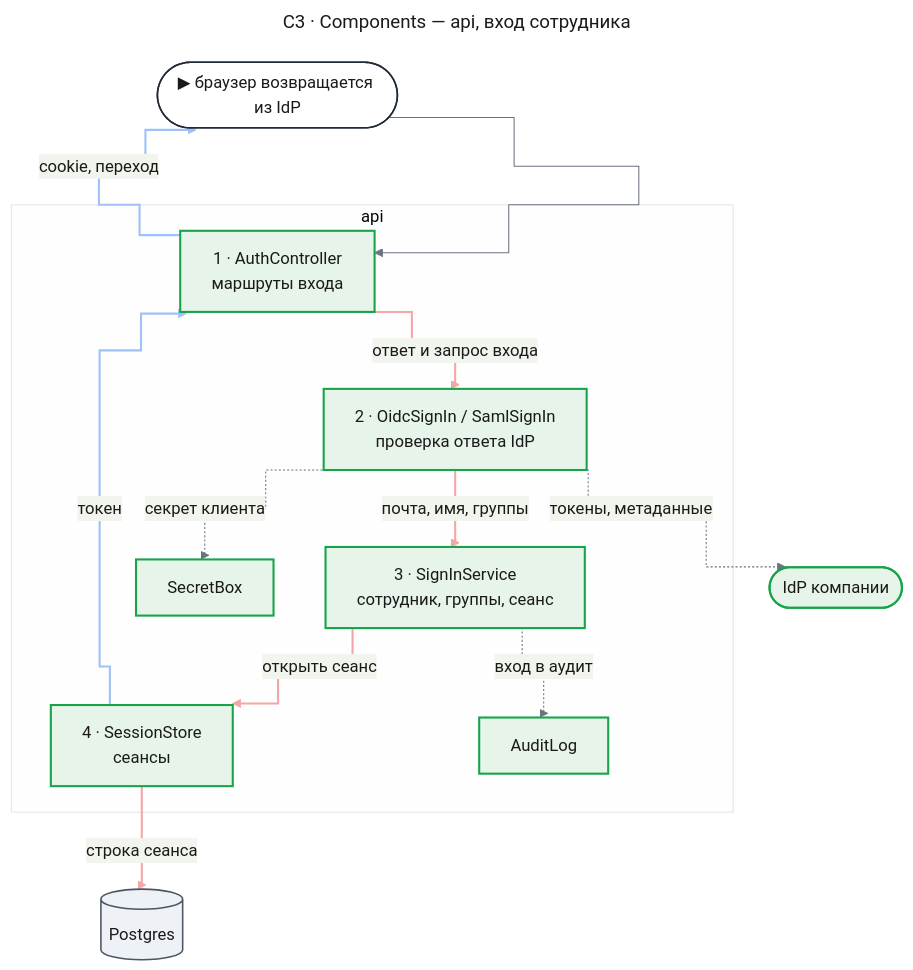
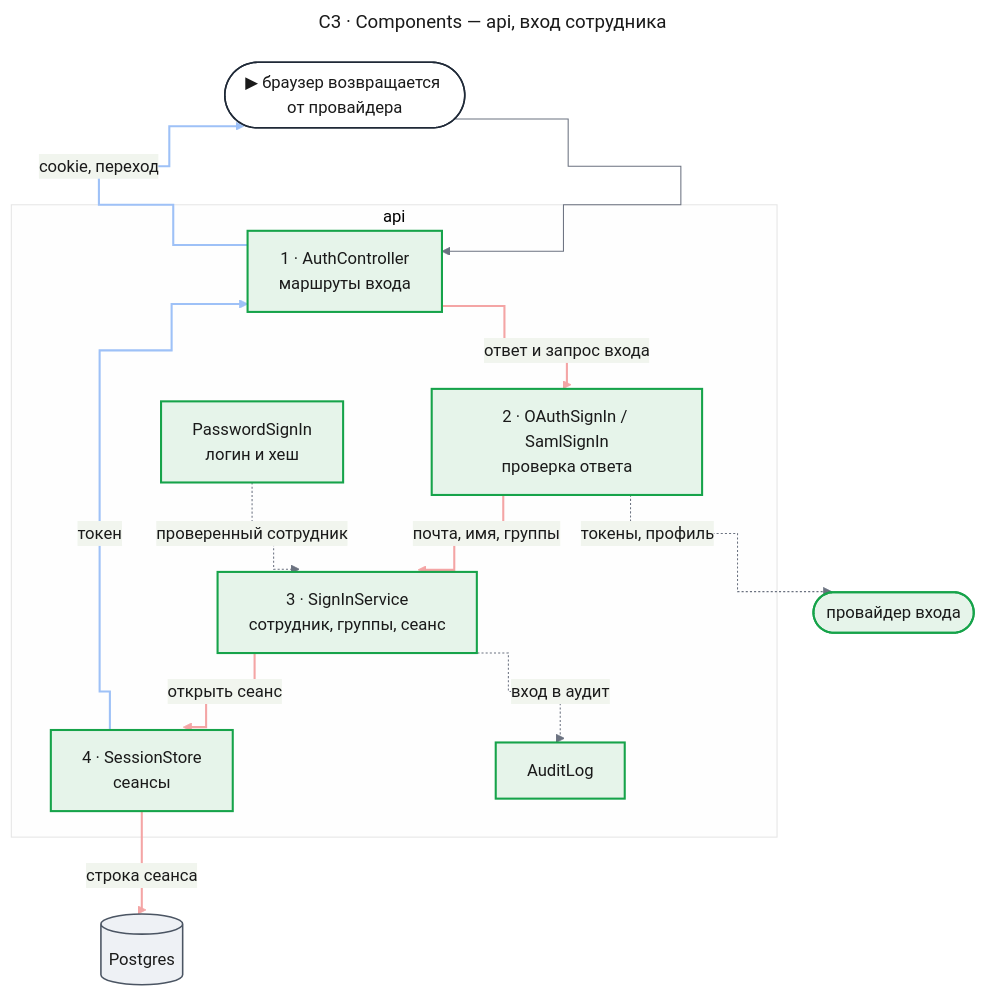
One commit to tundraray/agent-os changed the third of 10 diagrams in docs/features/enterprise-access/design-identity.md. Above: the diagram before and after it, drawn with Mermaid. The commit also changed other lines of this file and 4 other files, not shown here.

Commit message:
docs(enterprise-access): redesign identity around password sign-in and admin-managed providers

````diff
--- a/docs/features/enterprise-access/design-identity.md
+++ b/docs/features/enterprise-access/design-identity.md
@@ -325,60 +330,60 @@
 ```mermaid
 ---
 title: "C3 · Components — api, вход сотрудника"
 config:
   theme: base
   look: classic
   themeVariables:
     primaryColor: "#eef1f5"
     primaryBorderColor: "#4b5563"
     primaryTextColor: "#1a1a1a"
     lineColor: "#6b7280"
   flowchart:
     curve: step
   themeCSS: |
     @keyframes lit_c3a{0%,15%{stroke:#991b1b;stroke-width:6px}16.67%,100%{stroke:#f4a5a5;stroke-width:2px}}
     @keyframes litr_c3a{0%,15%{stroke:#1d4ed8;stroke-width:6px}16.67%,100%{stroke:#9ec1f7;stroke-width:2px}}
 ---
 flowchart TB
-    entry(["▶ браузер возвращается из IdP"])
+    entry(["▶ браузер возвращается от провайдера"])
     subgraph api["api"]
         ctl["1 · AuthController<br/>маршруты входа"]
-        proto["2 · OidcSignIn / SamlSignIn<br/>проверка ответа IdP"]
+        proto["2 · OAuthSignIn / SamlSignIn<br/>проверка ответа"]
         sign["3 · SignInService<br/>сотрудник, группы, сеанс"]
         sess["4 · SessionStore<br/>сеансы"]
+        pwd["PasswordSignIn<br/>логин и хеш"]
         audit["AuditLog"]
-        box["SecretBox"]
     end
     db[("Postgres")]
-    idp(["IdP компании"])
+    idp(["провайдер входа"])
     entry --> ctl
     ctl e1@-->|"ответ и запрос входа"| proto
     proto e2@-->|"почта, имя, группы"| sign
     sign e3@-->|"открыть сеанс"| sess
     sess e4@-->|"строка сеанса"| db
     sess e5@-->|"токен"| ctl
     ctl e6@-->|"cookie, переход"| entry
-    proto -.->|"токены, метаданные"| idp
-    proto -.->|"секрет клиента"| box
+    proto -.->|"токены, профиль"| idp
+    pwd -.->|"проверенный сотрудник"| sign
     sign -.->|"вход в аудит"| audit
     classDef entry fill:#ffffff,stroke:#1f2937,stroke-width:1.5px,color:#1a1a1a
     classDef changed fill:#fde8e8,stroke:#dc2626,stroke-width:2px,color:#1a1a1a
     classDef new fill:#e6f4ea,stroke:#16a34a,stroke-width:2px,color:#1a1a1a
     classDef unchanged fill:#eef1f5,stroke:#4b5563,stroke-width:1.5px,color:#1a1a1a
     classDef w1 stroke:#f4a5a5,stroke-width:2px,animation:lit_c3a 7.2s linear 0s infinite
     classDef w2 stroke:#f4a5a5,stroke-width:2px,animation:lit_c3a 7.2s linear 1.2s infinite
     classDef w3 stroke:#f4a5a5,stroke-width:2px,animation:lit_c3a 7.2s linear 2.4s infinite
     classDef w4 stroke:#f4a5a5,stroke-width:2px,animation:lit_c3a 7.2s linear 3.6s infinite
     classDef r1 stroke:#9ec1f7,stroke-width:2px,animation:litr_c3a 7.2s linear 4.8s infinite
     classDef r2 stroke:#9ec1f7,stroke-width:2px,animation:litr_c3a 7.2s linear 6s infinite
     class entry entry
-    class ctl,proto,sign,sess,audit,box new
+    class ctl,proto,sign,sess,pwd,audit new
     class db unchanged
     class idp new
     class e1 w1
     class e2 w2
     class e3 w3
     class e4 w4
     class e5 r1
     class e6 r2
 ```
````
